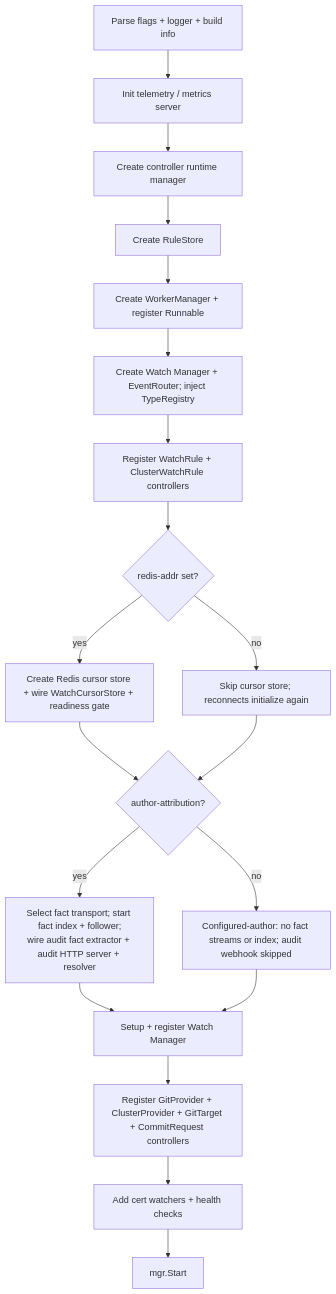
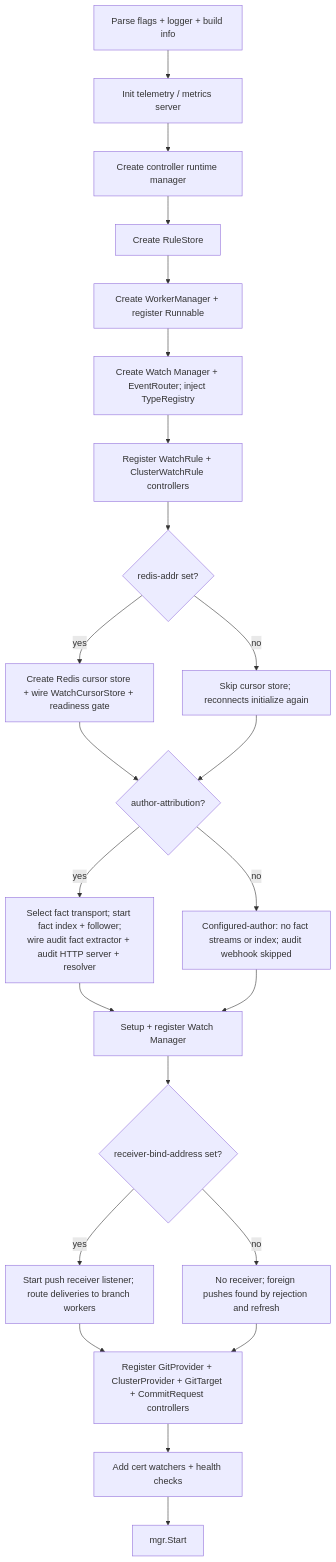
The sixth of 6 diagrams in docs/architecture.md (ConfigButler/gitops-reverser), drawn with Mermaid before and after one commit. The commit also changed other lines of this file and 123 other files, not shown here.

````diff
--- a/docs/architecture.md
+++ b/docs/architecture.md
@@ -1486,21 +1583,26 @@
 ```mermaid
 flowchart TD
     A[Parse flags + logger + build info] --> B[Init telemetry / metrics server]
     B --> C[Create controller runtime manager]
     C --> D[Create RuleStore]
     D --> E[Create WorkerManager + register Runnable]
     E --> F[Create Watch Manager + EventRouter; inject TypeRegistry]
     F --> G[Register WatchRule + ClusterWatchRule controllers]
     G --> H{redis-addr set?}
     H -->|yes| Hi[Create Redis cursor store + wire WatchCursorStore + readiness gate]
     H -->|no| Hj[Skip cursor store; reconnects initialize again]
     Hi --> Hq{author-attribution?}
     Hj --> Hq
     Hq -->|yes| I[Select fact transport; start fact index + follower;<br/>wire audit fact extractor + audit HTTP server + resolver]
     Hq -->|no| J[Configured-author: no fact streams or index; audit webhook skipped]
     I --> K[Setup + register Watch Manager]
     J --> K
-    K --> L[Register GitProvider + ClusterProvider + GitTarget + CommitRequest controllers]
+    K --> R{receiver-bind-address set?}
+    R -->|yes| Ri[Start push receiver listener; route deliveries to branch workers]
+    R -->|no| Rj[No receiver; foreign pushes found by rejection and refresh]
+    Ri --> L
+    Rj --> L
+    L[Register GitProvider + ClusterProvider + GitTarget + CommitRequest controllers]
     L --> M[Add cert watchers + health checks]
     M --> N[mgr.Start]
 ```
````
